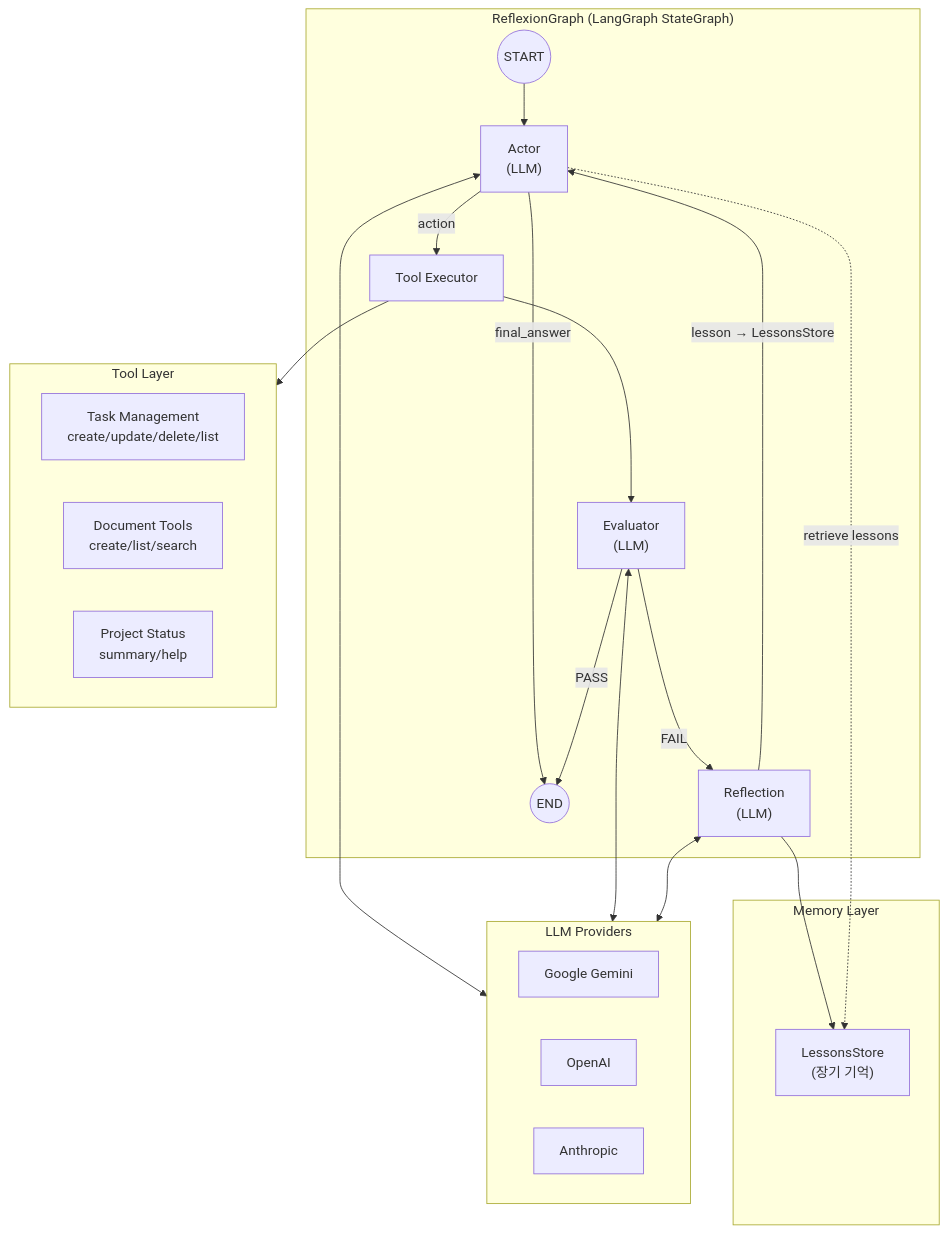
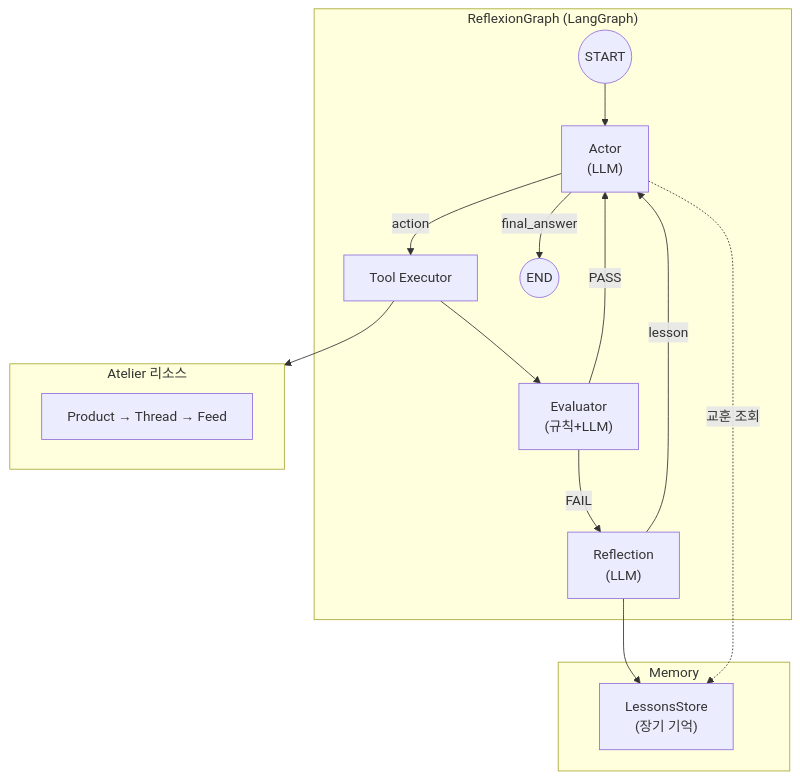
The third of 3 diagrams in README.md (SJayKim/SJayKim), drawn with Mermaid before and after one commit. The commit also changed other lines of this file, not shown here.

````diff
--- a/README.md
+++ b/README.md
@@ -338,42 +338,31 @@
 ```mermaid
 flowchart TB
-    subgraph ReflexionGraph["ReflexionGraph (LangGraph StateGraph)"]
+    subgraph ReflexionGraph["ReflexionGraph (LangGraph)"]
         START((START))
         Actor["Actor<br/>(LLM)"]
         ToolExec["Tool Executor"]
-        Evaluator["Evaluator<br/>(LLM)"]
+        Evaluator["Evaluator<br/>(규칙+LLM)"]
         Reflection["Reflection<br/>(LLM)"]
         END_NODE((END))
         
         START --> Actor
         Actor -->|"action"| ToolExec
         Actor -->|"final_answer"| END_NODE
         ToolExec --> Evaluator
-        Evaluator -->|"PASS"| END_NODE
+        Evaluator -->|"PASS"| Actor
         Evaluator -->|"FAIL"| Reflection
-        Reflection -->|"lesson → LessonsStore"| Actor
+        Reflection -->|"lesson"| Actor
     end
 
-    subgraph Memory["Memory Layer"]
-        Lessons["LessonsStore<br/>(장기 기억)"]
+    subgraph Memory["Memory"]
+        LongTerm["LessonsStore<br/>(장기 기억)"]
     end
 
-    subgraph Tools["Tool Layer"]
-        TaskTools["Task Management<br/>create/update/delete/list"]
-        DocTools["Document Tools<br/>create/list/search"]
-        ProjectTools["Project Status<br/>summary/help"]
+    subgraph Resources["Atelier 리소스"]
+        Product["Product → Thread → Feed"]
     end
 
-    subgraph LLM["LLM Providers"]
-        Gemini["Google Gemini"]
-        OpenAI["OpenAI"]
-        Anthropic["Anthropic"]
-    end
-
-    Actor <--> LLM
-    Evaluator <--> LLM
-    Reflection <--> LLM
-    ToolExec --> Tools
-    Reflection --> Lessons
-    Actor -.->|"retrieve lessons"| Lessons
+    ToolExec --> Resources
+    Reflection --> LongTerm
+    Actor -.->|"교훈 조회"| LongTerm
 ```
````
